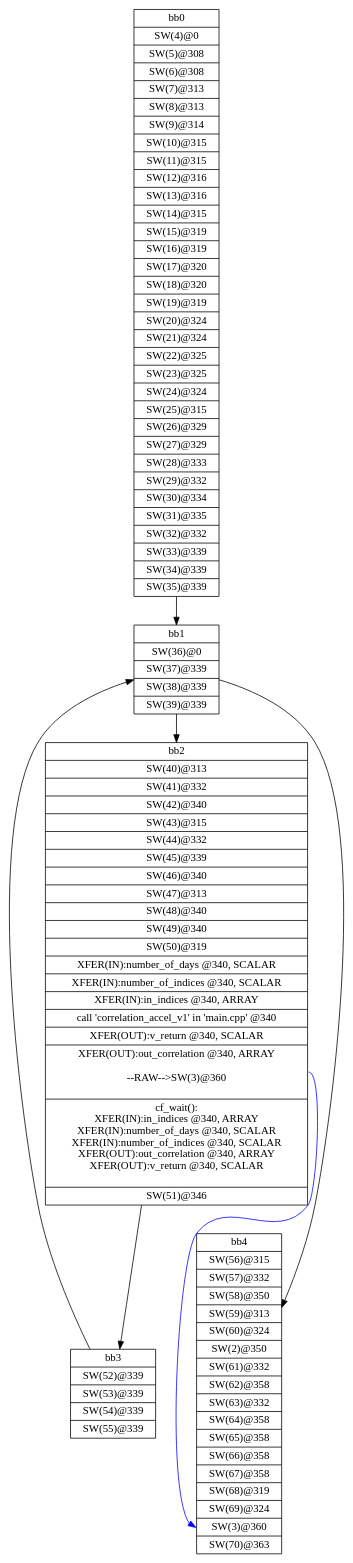
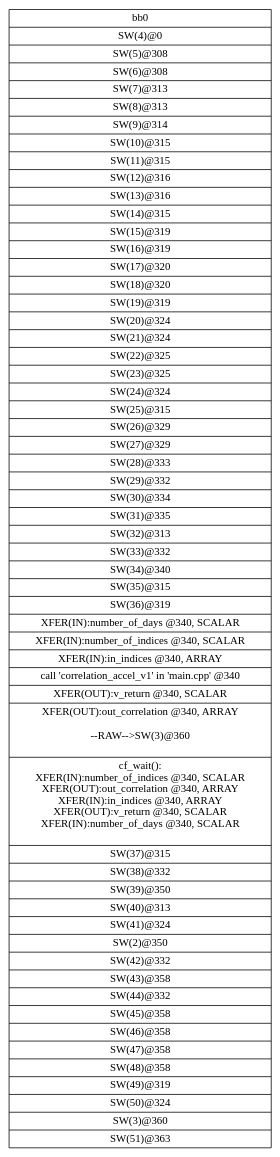
The diagram in workspace/correlation_ver1/correlation_ver1_linux/SDRelease/_sds/.llvm/_px_cdfg_wait_main.dot (nguyencanhtrung/SDSoC), drawn with Graphviz before and after one commit. The commit also changed 252 other files, not shown here.

```diff
--- a/workspace/correlation_ver1/correlation_ver1_linux/SDRelease/_sds/.llvm/_px_cdfg_wait_main.dot
+++ b/workspace/correlation_ver1/correlation_ver1_linux/SDRelease/_sds/.llvm/_px_cdfg_wait_main.dot
@@ -1,14 +1,4 @@
 digraph CDFG {
 node [shape=record];
-bb0 [shape=record, label = "{bb0|<x0x2233230>SW(4)@0\n|<x0x2232e50>SW(5)@308\n|<x0x2232fb0>SW(6)@308\n|<x0x2233110>SW(7)@313\n|<x0x21f1320>SW(8)@313\n|<x0x21f1480>SW(9)@314\n|<x0x21f15e0>SW(10)@315\n|<x0x21f1740>SW(11)@315\n|<x0x21f18a0>SW(12)@316\n|<x0x21f1a10>SW(13)@316\n|<x0x21f1b40>SW(14)@315\n|<x0x21f1ca0>SW(15)@319\n|<x0x21f1e00>SW(16)@319\n|<x0x21f1f60>SW(17)@320\n|<x0x21f20d0>SW(18)@320\n|<x0x21f2200>SW(19)@319\n|<x0x21f2360>SW(20)@324\n|<x0x21f24c0>SW(21)@324\n|<x0x21f2620>SW(22)@325\n|<x0x21f2790>SW(23)@325\n|<x0x21f28c0>SW(24)@324\n|<x0x21f2a20>SW(25)@315\n|<x0x21f2b80>SW(26)@329\n|<x0x21f2cb0>SW(27)@329\n|<x0x21f2e00>SW(28)@333\n|<x0x21f2f70>SW(29)@332\n|<x0x21f30e0>SW(30)@334\n|<x0x2234550>SW(31)@335\n|<x0x22366d0>SW(32)@332\n|<x0x2236840>SW(33)@339\n|<x0x2236980>SW(34)@339\n|<x0x2236ae0>SW(35)@339\n}"];
-bb1 [shape=record, label = "{bb1|<x0x2234690>SW(36)@0\n|<x0x2234750>SW(37)@339\n|<x0x22348b0>SW(38)@339\n|<x0x22349f0>SW(39)@339\n}"];
-bb2 [shape=record, label = "{bb2|<x0x2234630>SW(40)@313\n|<x0x2234cd0>SW(41)@332\n|<x0x2234e40>SW(42)@340\n|<x0x2234f80>SW(43)@315\n|<x0x22350e0>SW(44)@332\n|<x0x2235250>SW(45)@339\n|<x0x22353b0>SW(46)@340\n|<x0x22354f0>SW(47)@313\n|<x0x2235650>SW(48)@340\n|<x0x2235780>SW(49)@340\n|<x0x22358c0>SW(50)@319\n|<x0x2237400>XFER(IN):number_of_days @340, SCALAR\n|<x0x2237480>XFER(IN):number_of_indices @340, SCALAR\n|<x0x2237500>XFER(IN):in_indices @340, ARRAY\n|<x0x21ed780>call 'correlation_accel_v1' in 'main.cpp' @340\n|<x0x2237600>XFER(OUT):v_return @340, SCALAR\n|<x0x2237580>XFER(OUT):out_correlation @340, ARRAY\n\n--RAW--\>SW(3)@360\n\n|<x0x21f1220>cf_wait(): \nXFER(IN):in_indices @340, ARRAY\nXFER(IN):number_of_days @340, SCALAR\nXFER(IN):number_of_indices @340, SCALAR\nXFER(OUT):out_correlation @340, ARRAY\nXFER(OUT):v_return @340, SCALAR\n\n|<x0x2235a20>SW(51)@346\n}"];
-bb3 [shape=record, label = "{bb3|<x0x2235b00>SW(52)@339\n|<x0x2235c60>SW(53)@339\n|<x0x2235da0>SW(54)@339\n|<x0x2235f00>SW(55)@339\n}"];
-bb4 [shape=record, label = "{bb4|<x0x2234b20>SW(56)@315\n|<x0x2236230>SW(57)@332\n|<x0x22363a0>SW(58)@350\n|<x0x22364e0>SW(59)@313\n|<x0x2236bc0>SW(60)@324\n|<x0x21f1060>SW(2)@350\n|<x0x2238d30>SW(61)@332\n|<x0x2238ea0>SW(62)@358\n|<x0x2238fe0>SW(63)@332\n|<x0x2239150>SW(64)@358\n|<x0x2236ca0>SW(65)@358\n|<x0x2236dd0>SW(66)@358\n|<x0x2236f00>SW(67)@358\n|<x0x2237060>SW(68)@319\n|<x0x22371c0>SW(69)@324\n|<x0x21f1000>SW(3)@360\n|<x0x2237320>SW(70)@363\n}"];
-bb0 -> bb1
-bb1 -> bb2
-bb1 -> bb4
-bb2 -> bb3
-bb3 -> bb1
-bb2:x0x2237580 -> bb4:x0x21f1000[color=blue]
+bb0 [shape=record, label = "{bb0|<x0x3cdf6b0>SW(4)@0\n|<x0x3cdf2d0>SW(5)@308\n|<x0x3cdf430>SW(6)@308\n|<x0x3cdf590>SW(7)@313\n|<x0x3c9d7a0>SW(8)@313\n|<x0x3c9d900>SW(9)@314\n|<x0x3c9da60>SW(10)@315\n|<x0x3c9dbc0>SW(11)@315\n|<x0x3c9dd20>SW(12)@316\n|<x0x3c9de90>SW(13)@316\n|<x0x3c9dfc0>SW(14)@315\n|<x0x3c9e120>SW(15)@319\n|<x0x3c9e280>SW(16)@319\n|<x0x3c9e3e0>SW(17)@320\n|<x0x3c9e550>SW(18)@320\n|<x0x3c9e680>SW(19)@319\n|<x0x3c9e7e0>SW(20)@324\n|<x0x3c9e940>SW(21)@324\n|<x0x3c9eaa0>SW(22)@325\n|<x0x3c9ec10>SW(23)@325\n|<x0x3c9ed40>SW(24)@324\n|<x0x3c9eea0>SW(25)@315\n|<x0x3c9f000>SW(26)@329\n|<x0x3c9f130>SW(27)@329\n|<x0x3c9f280>SW(28)@333\n|<x0x3c9f3f0>SW(29)@332\n|<x0x3c9f560>SW(30)@334\n|<x0x3ce0610>SW(31)@335\n|<x0x3ce2790>SW(32)@313\n|<x0x3ce28f0>SW(33)@332\n|<x0x3ce2a60>SW(34)@340\n|<x0x3ce2ba0>SW(35)@315\n|<x0x3ce2d00>SW(36)@319\n|<x0x3ce06f0>XFER(IN):number_of_days @340, SCALAR\n|<x0x3ce0770>XFER(IN):number_of_indices @340, SCALAR\n|<x0x3ce07f0>XFER(IN):in_indices @340, ARRAY\n|<x0x3c9a160>call 'correlation_accel_v1' in 'main.cpp' @340\n|<x0x3ce08f0>XFER(OUT):v_return @340, SCALAR\n|<x0x3ce0870>XFER(OUT):out_correlation @340, ARRAY\n\n--RAW--\>SW(3)@360\n\n|<x0x3ce0d50>cf_wait(): \nXFER(IN):number_of_indices @340, SCALAR\nXFER(OUT):out_correlation @340, ARRAY\nXFER(IN):in_indices @340, ARRAY\nXFER(OUT):v_return @340, SCALAR\nXFER(IN):number_of_days @340, SCALAR\n\n|<x0x3ce2e60>SW(37)@315\n|<x0x3ce2fc0>SW(38)@332\n|<x0x3ce3130>SW(39)@350\n|<x0x3ce3270>SW(40)@313\n|<x0x3ce33d0>SW(41)@324\n|<x0x3c9ad30>SW(2)@350\n|<x0x3ce3530>SW(42)@332\n|<x0x3ce36a0>SW(43)@358\n|<x0x3ce37e0>SW(44)@332\n|<x0x3ce3950>SW(45)@358\n|<x0x3ce3a80>SW(46)@358\n|<x0x3ce3bb0>SW(47)@358\n|<x0x3ce3ce0>SW(48)@358\n|<x0x3ce3e40>SW(49)@319\n|<x0x3ce3fa0>SW(50)@324\n|<x0x3c9acd0>SW(3)@360\n|<x0x3ce4100>SW(51)@363\n}"];
 }
```
